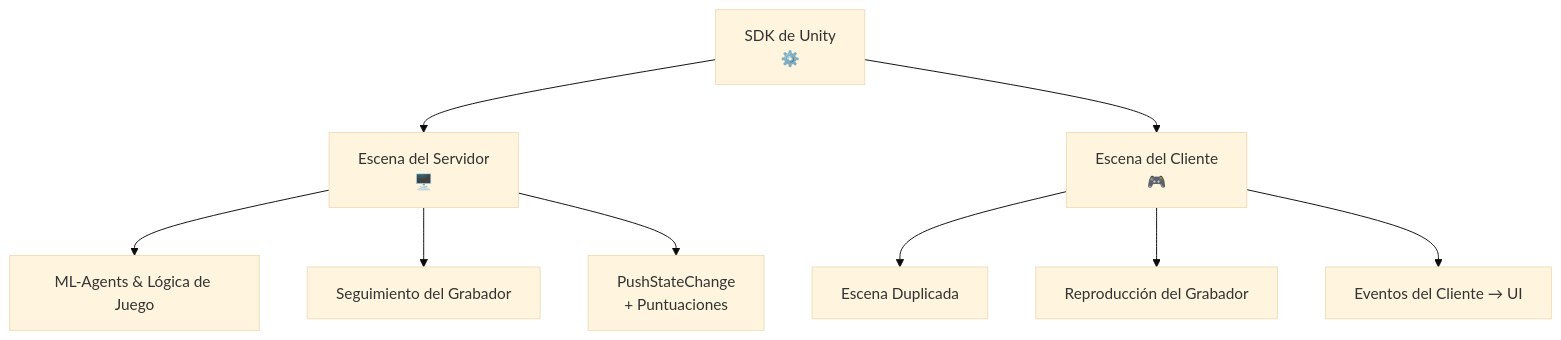
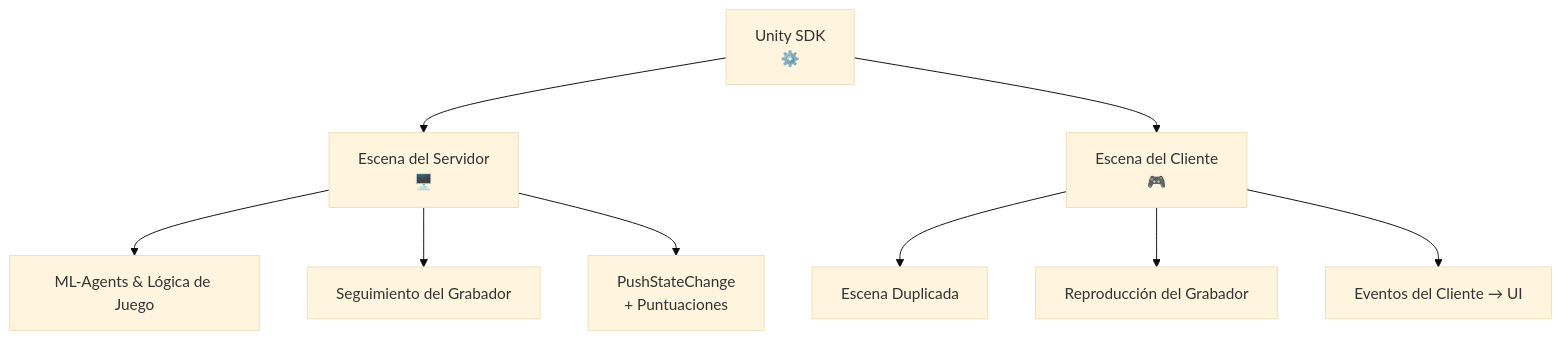
One commit to b3-fun/b3 changed the diagram in docs/es/hypeduel/developers.mdx. Above: the diagram before and after it, drawn with Mermaid (base theme). The commit also changed other lines of this file and 52 other files, not shown here.

````diff
--- a/docs/es/hypeduel/developers.mdx
+++ b/docs/es/hypeduel/developers.mdx
@@ -28,14 +34,13 @@
 ```mermaid
 graph TD
-    A["SDK de Unity<br/>⚙️"] --> B["Escena del Servidor<br/>🖥️"]
+    A["Unity SDK<br/>⚙️"] --> B["Escena del Servidor<br/>🖥️"]
     A --> C["Escena del Cliente<br/>🎮"]
 
     B --> E["ML-Agents & Lógica de Juego"]
     B --> F["Seguimiento del Grabador"]
     B --> G["PushStateChange<br/>+ Puntuaciones"]
 
     C --> H["Escena Duplicada"]
     C --> I["Reproducción del Grabador"]
     C --> J["Eventos del Cliente → UI"]
-
 ```
````
